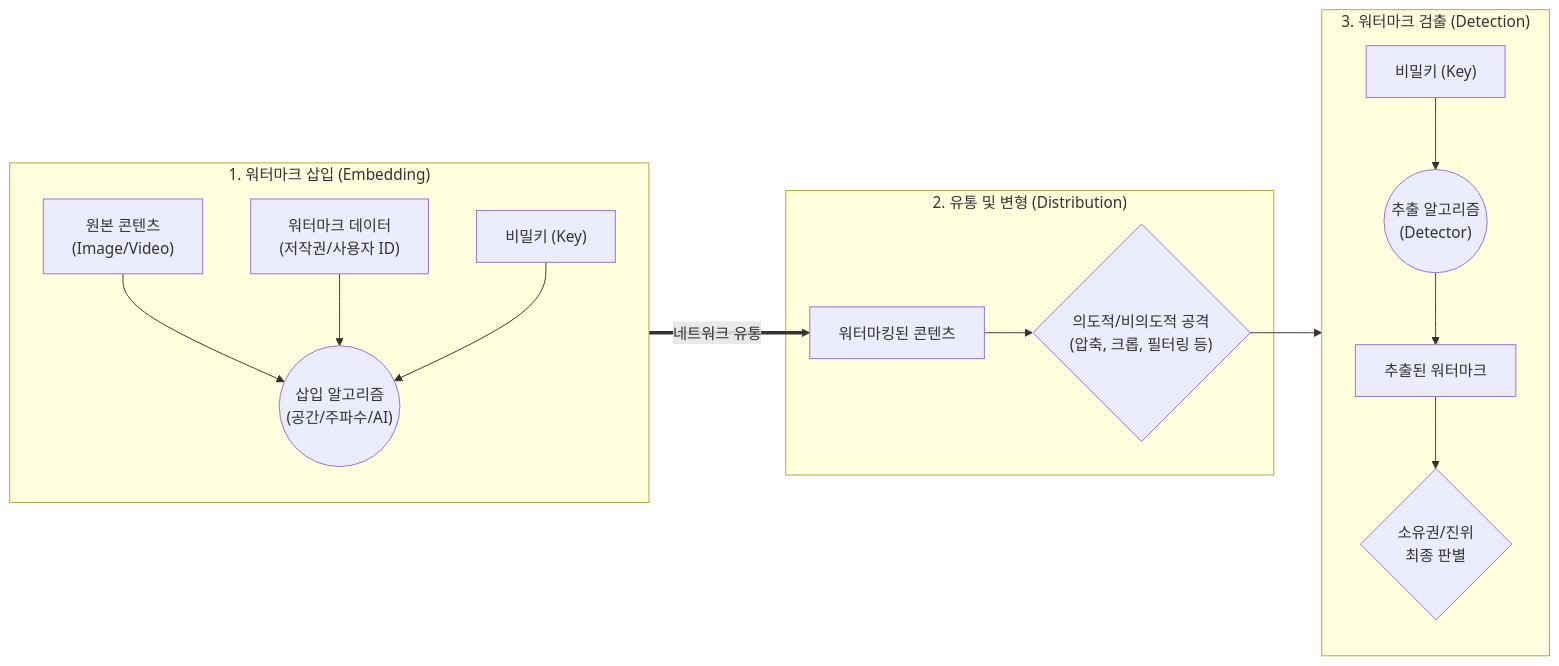
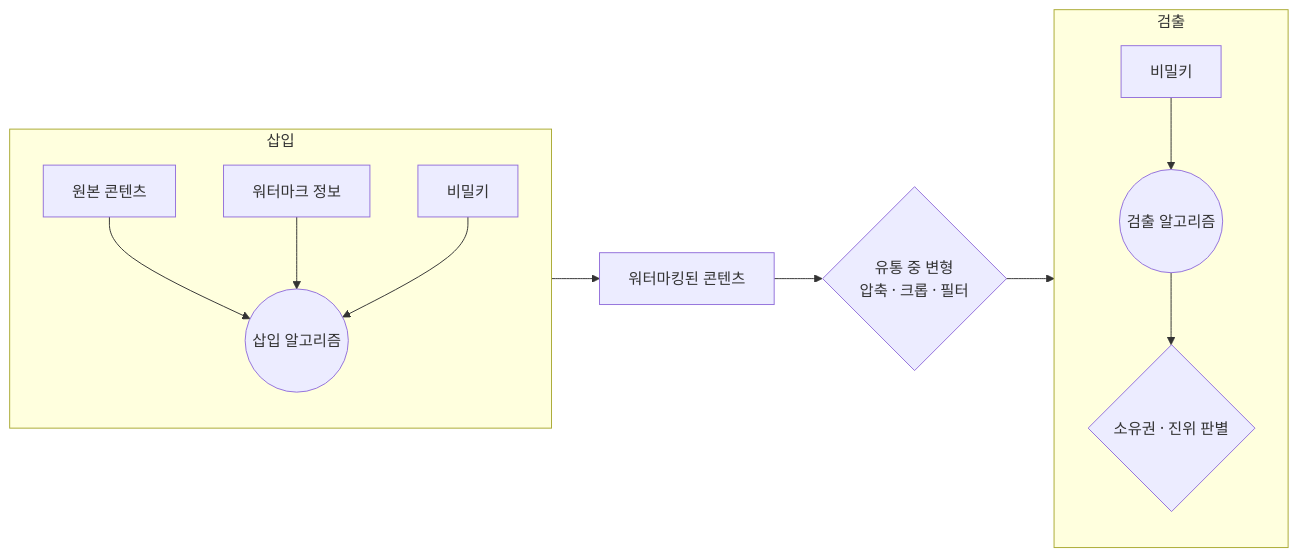
Before and after one commit to supremethumb/supremethumb.github.io: the diagram in content/01_IT Tech/디지털 워터마킹.md, drawn with Mermaid. The commit also changed other lines of this file and 1087 other files, not shown here.

````diff
--- a/content/01_IT Tech/디지털 워터마킹.md
+++ b/content/01_IT Tech/디지털 워터마킹.md
@@ -26,37 +36,17 @@
 ```mermaid
 flowchart LR
-    subgraph Embed_Process ["1. 워터마크 삽입 (Embedding)"]
+    subgraph EMB["삽입"]
         direction TB
-        Orig["원본 콘텐츠<br/>(Image/Video)"]
-        WM_Data["워터마크 데이터<br/>(저작권/사용자 ID)"]
-        Key1["비밀키 (Key)"]
-        Embedder(("삽입 알고리즘<br/>(공간/주파수/AI)"))
-
-        Orig --> Embedder
-        WM_Data --> Embedder
-        Key1 --> Embedder
+        O["원본 콘텐츠"] --> E(("삽입 알고리즘"))
+        W["워터마크 정보"] --> E
+        K1["비밀키"] --> E
     end
-
-    subgraph Dist_Attack ["2. 유통 및 변형 (Distribution)"]
-        WM_Content["워터마킹된 콘텐츠"]
-        Attack{"의도적/비의도적 공격<br/>(압축, 크롭, 필터링 등)"}
-        
-        WM_Content --> Attack
+    E --> WC["워터마킹된 콘텐츠"]
+    WC --> ATK{"유통 중 변형<br/>압축 · 크롭 · 필터"}
+    subgraph DET["검출"]
+        direction TB
+        DT(("검출 알고리즘")) --> J{"소유권 · 진위 판별"}
+        K2["비밀키"] --> DT
     end
-
-    subgraph Detect_Process ["3. 워터마크 검출 (Detection)"]
-        direction TB
-        Detector(("추출 알고리즘<br/>(Detector)"))
-        Key2["비밀키 (Key)"]
-        Ext_WM["추출된 워터마크"]
-        Judge{"소유권/진위<br/>최종 판별"}
-
-        Attack --> Detector
-        Key2 --> Detector
-        Detector --> Ext_WM
-        Ext_WM --> Judge
-    end
-
-    Embed_Process ==>|"네트워크 유통"| WM_Content
-
+    ATK --> DT
 ```
````
